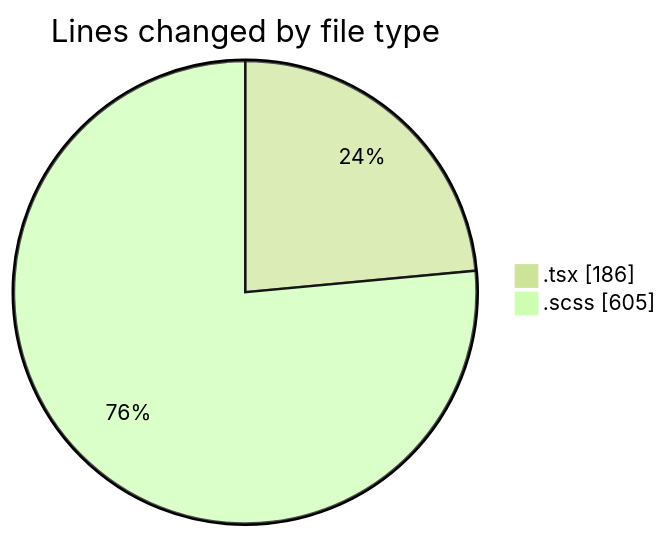
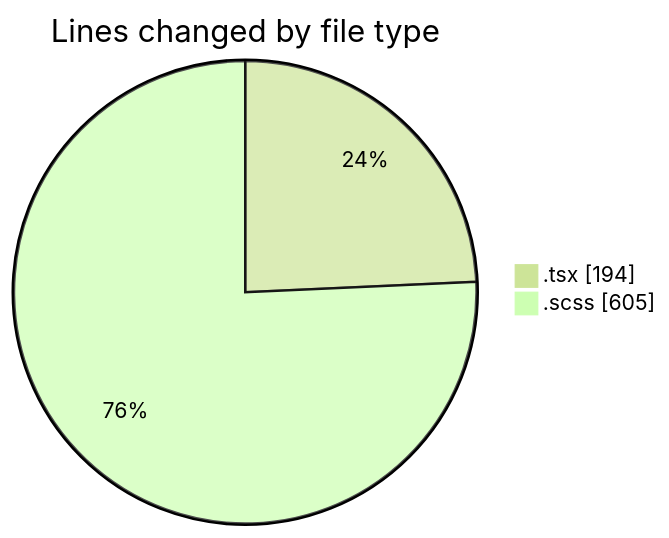
The first of 2 diagrams in 2025-03-27/cda/README.md (momahboobian/code-tracking), drawn with Mermaid (forest theme) before and after one commit. The commit also changed other lines of this file and 1 other file, not shown here.

````diff
--- a/2025-03-27/cda/README.md
+++ b/2025-03-27/cda/README.md
@@ -21,6 +21,6 @@
 ```mermaid
 pie showData
 title Lines changed by file type
-".tsx" : 186
+".tsx" : 194
 ".scss" : 605
 ```
````
